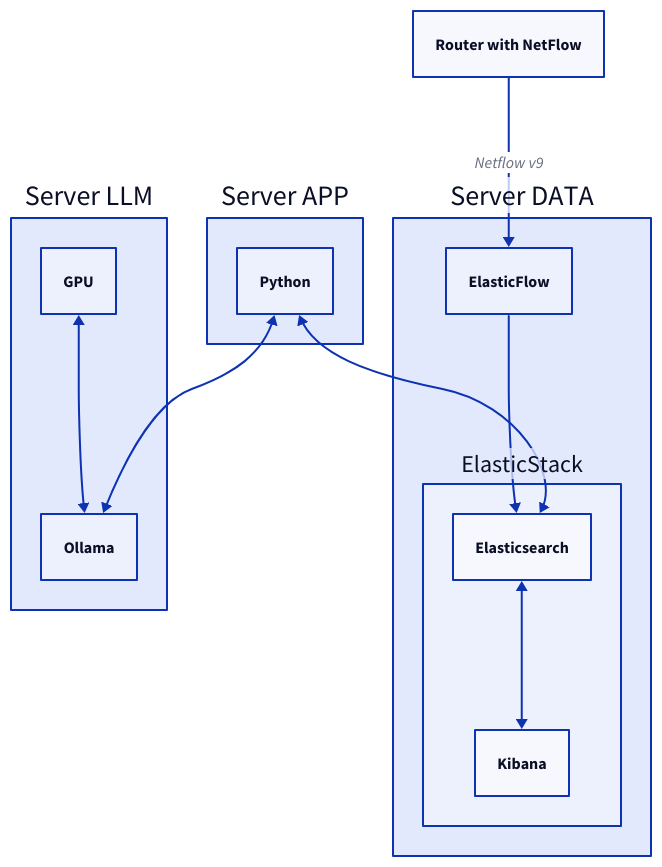
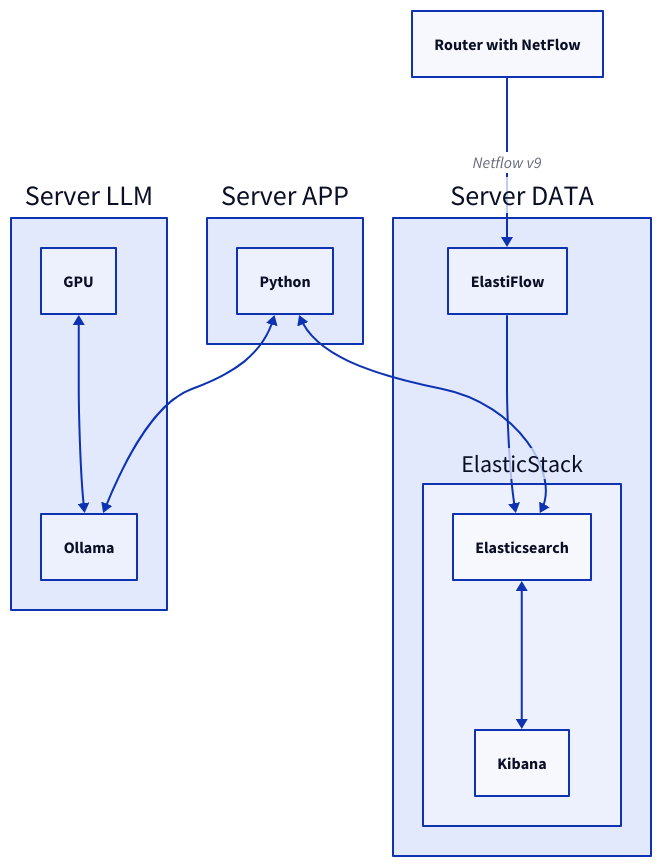
One commit to WojciechowskiPiotr/llm-netflow-elk-chatbot changed the diagram in Architecure-Diagram.d2. Above: the diagram before and after it, drawn with D2. The commit also changed 1 other file, not shown here.

Commit message:
Architecture diagram

```diff
--- a/Architecure-Diagram.d2
+++ b/Architecure-Diagram.d2
@@ -1,15 +1,15 @@
 Server LLM: {
   GPU <-> Ollama
 }
 
 Server DATA: {
   ElasticStack: {
     Elasticsearch <-> Kibana
   }
-  ElasticFlow -> ElasticStack.Elasticsearch
+  ElastiFlow -> ElasticStack.Elasticsearch
 }
 
 Server APP.Python <-> Server DATA.ElasticStack.Elasticsearch
 Server APP.Python <-> Server LLM.Ollama
 
-Router with NetFlow -> Server DATA.ElasticFlow: Netflow v9
+Router with NetFlow -> Server DATA.ElastiFlow: Netflow v9
```
